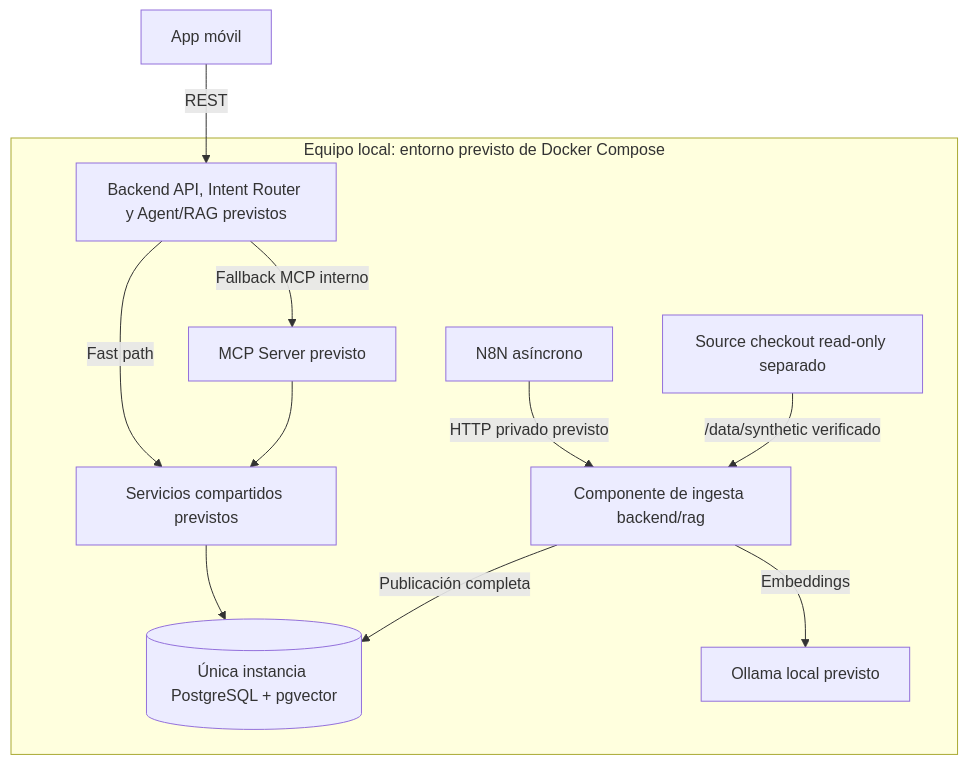
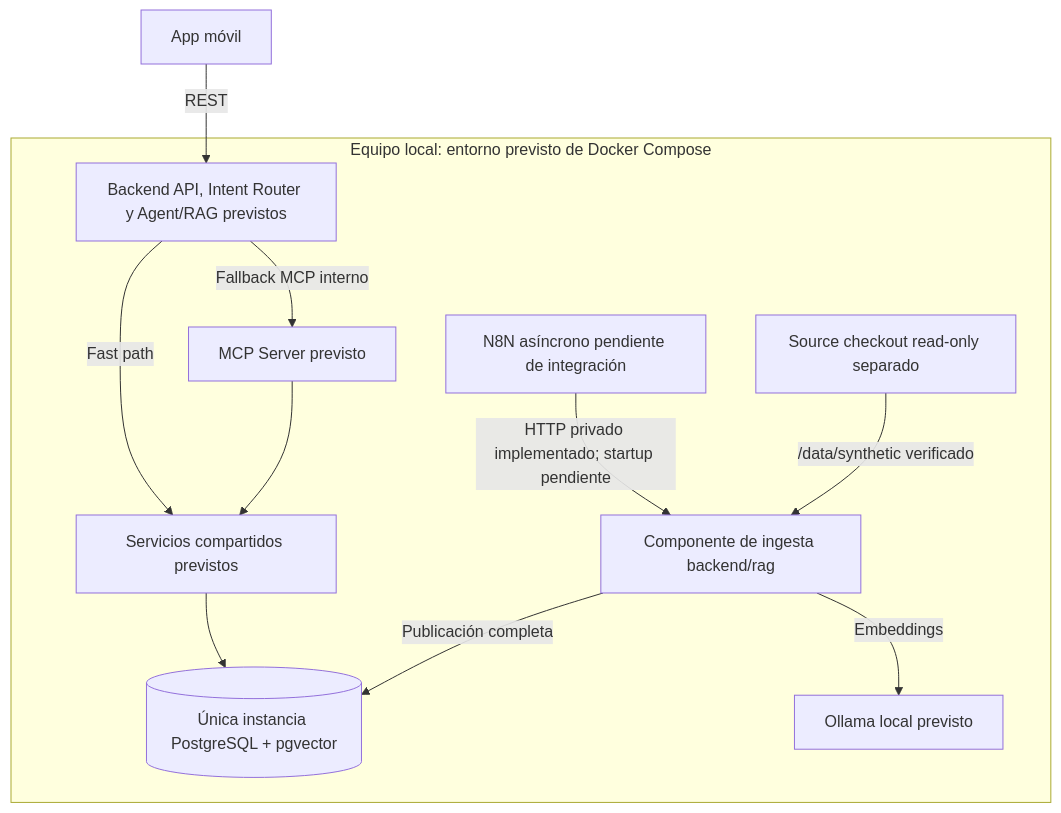
One commit to XeyKG/BanuChat_ changed the third of 3 diagrams in docs/arquitectura.md. Above: the diagram before and after it, drawn with Mermaid. The commit also changed other lines of this file and 4 other files, not shown here.

````diff
--- a/docs/arquitectura.md
+++ b/docs/arquitectura.md
@@ -105,14 +110,14 @@
 ```mermaid
 flowchart TB
     M["App móvil"] -->|"REST"| B["Backend API, Intent Router y Agent/RAG previstos"]
     subgraph LOCAL["Equipo local: entorno previsto de Docker Compose"]
         B -->|"Fallback MCP interno"| C["MCP Server previsto"]
         B -->|"Fast path"| S["Servicios compartidos previstos"]
         C --> S
         S --> P[("Única instancia PostgreSQL + pgvector")]
-        N["N8N asíncrono"] -->|"HTTP privado previsto"| I["Componente de ingesta backend/rag"]
+        N["N8N asíncrono pendiente de integración"] -->|"HTTP privado implementado; startup pendiente"| I["Componente de ingesta backend/rag"]
         I -->|"Publicación completa"| P
         I -->|"Embeddings"| O["Ollama local previsto"]
         D["Source checkout read-only separado"] -->|"/data/synthetic verificado"| I
     end
 ```
````
